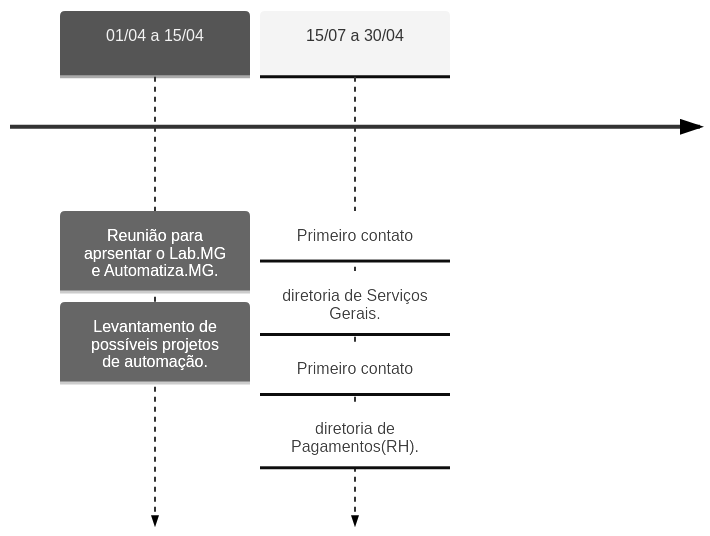
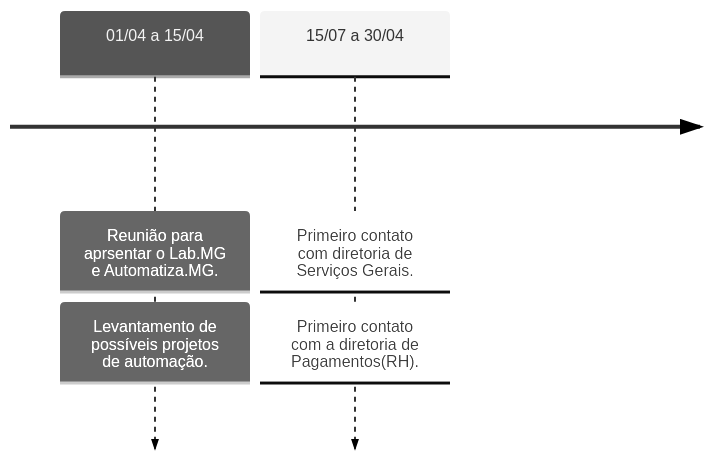
Before and after one commit to automatiza-mg/handbook: the first of 4 diagrams in docs/linha_do_tempo/projeto_sejusp_sulot.md, drawn with Mermaid (neutral theme).

Commit message:
Ajusta formatação do mês de abril

````diff
--- a/docs/linha_do_tempo/projeto_sejusp_sulot.md
+++ b/docs/linha_do_tempo/projeto_sejusp_sulot.md
@@ -17,7 +17,7 @@
     ```mermaid
     timeline
         01/04 a 15/04 : Reunião para aprsentar o Lab.MG e Automatiza.MG.  
                       : Levantamento de possíveis projetos de automação. 
-        15/07 a 30/04 : Primeiro contato: diretoria de Serviços Gerais.
-                      : Primeiro contato: diretoria de Pagamentos(RH).
+        15/07 a 30/04 : Primeiro contato com diretoria de Serviços Gerais.
+                      : Primeiro contato com a diretoria de Pagamentos(RH).
     ```
````
